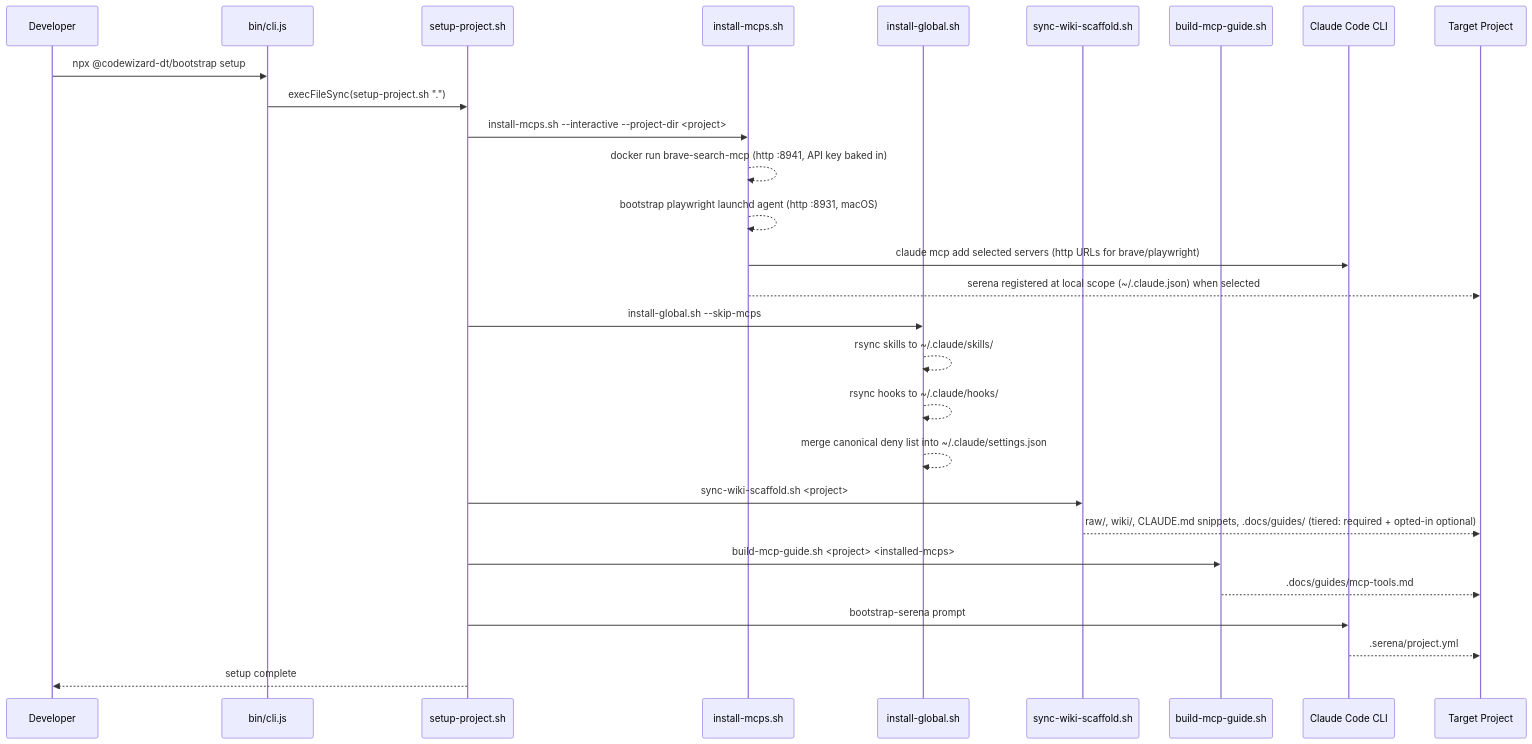
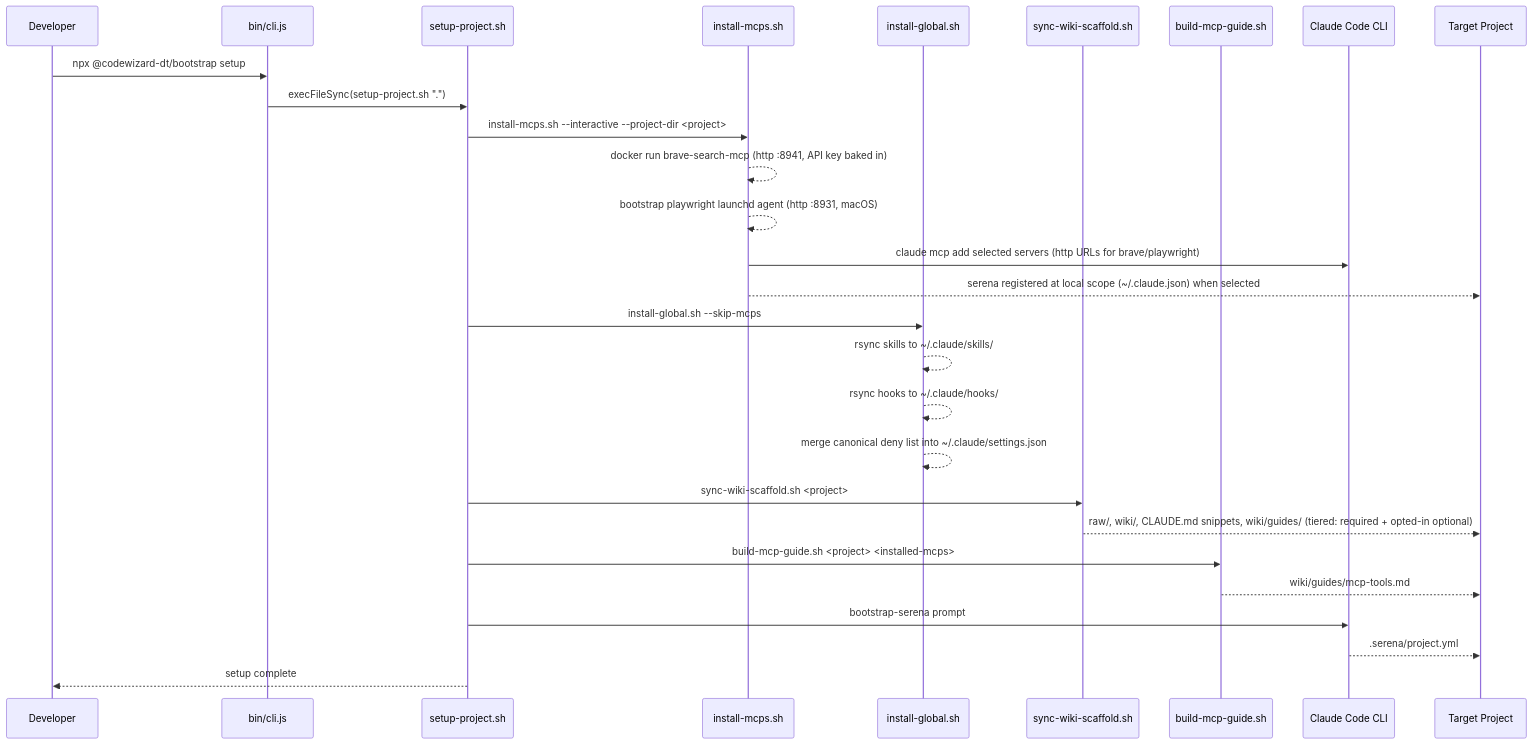
The second of 3 diagrams in README.md (codewizard-dt/bootstrap-claude), drawn with Mermaid before and after one commit. The commit also changed other lines of this file and 82 other files, not shown here.

Commit message:
[minor] Release 2.13.0: move guides into wiki/guides/ with legacy .docs migration, CLAUDE.md-vs-CLAUDE.local.md interactive choice on setup, drop vestigial build.yml

````diff
--- a/README.md
+++ b/README.md
@@ -190,31 +190,31 @@
 ```mermaid
 sequenceDiagram
   participant Dev as Developer
   participant CLI as bin/cli.js
   participant Setup as setup-project.sh
   participant MCP as install-mcps.sh
   participant Global as install-global.sh
   participant Wiki as sync-wiki-scaffold.sh
   participant Guide as build-mcp-guide.sh
   participant Claude as Claude Code CLI
   participant Project as Target Project
 
   Dev->>CLI: npx @codewizard-dt/bootstrap setup
   CLI->>Setup: execFileSync(setup-project.sh ".")
   Setup->>MCP: install-mcps.sh --interactive --project-dir <project>
   MCP-->>MCP: docker run brave-search-mcp (http :8941, API key baked in)
   MCP-->>MCP: bootstrap playwright launchd agent (http :8931, macOS)
   MCP->>Claude: claude mcp add selected servers (http URLs for brave/playwright)
   MCP-->>Project: serena registered at local scope (~/.claude.json) when selected
   Setup->>Global: install-global.sh --skip-mcps
   Global-->>Global: rsync skills to ~/.claude/skills/
   Global-->>Global: rsync hooks to ~/.claude/hooks/
   Global-->>Global: merge canonical deny list into ~/.claude/settings.json
   Setup->>Wiki: sync-wiki-scaffold.sh <project>
-  Wiki-->>Project: raw/, wiki/, CLAUDE.md snippets, .docs/guides/ (tiered: required + opted-in optional)
+  Wiki-->>Project: raw/, wiki/, CLAUDE.md snippets, wiki/guides/ (tiered: required + opted-in optional)
   Setup->>Guide: build-mcp-guide.sh <project> <installed-mcps>
-  Guide-->>Project: .docs/guides/mcp-tools.md
+  Guide-->>Project: wiki/guides/mcp-tools.md
   Setup->>Claude: bootstrap-serena prompt
   Claude-->>Project: .serena/project.yml
   Setup-->>Dev: setup complete
 ```
````
